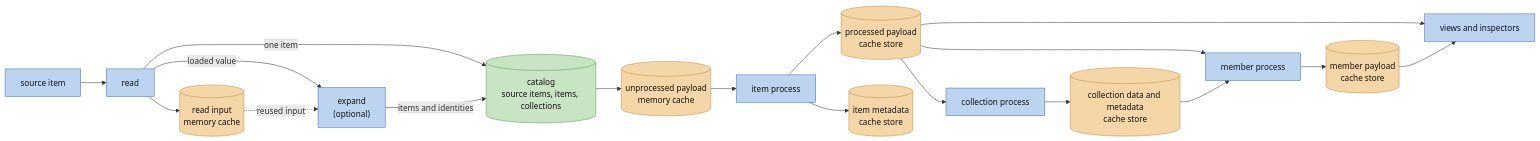
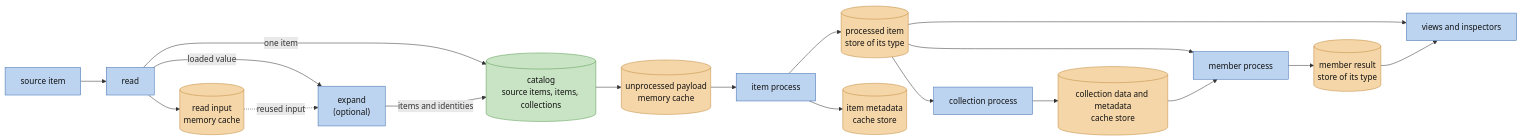
The second of 5 diagrams in docs/ARCHITECTURE.md (digiefel/DataBrowser), drawn with Mermaid before and after one commit. The commit also changed other lines of this file and 11 other files, not shown here.

First line of the commit message:
Keep process results only in the store of their item type, under a key that survives a reopen

````diff
--- a/docs/ARCHITECTURE.md
+++ b/docs/ARCHITECTURE.md
@@ -112,42 +112,42 @@
 ```mermaid
 flowchart LR
     source["source item"]
     read["read"]
     read_cache[("read input<br/>memory cache")]
     expand["expand<br/>(optional)"]
     index[("catalog<br/>source items, items, collections")]
     unprocessed[("unprocessed payload<br/>memory cache")]
     item_process["item process"]
-    processed[("processed payload<br/>cache store")]
+    processed[("processed item<br/>store of its type")]
     item_metadata[("item metadata<br/>cache store")]
     collection_process["collection process"]
     collection_payload[("collection data and metadata<br/>cache store")]
     member_process["member process"]
-    member_payload[("member payload<br/>cache store")]
+    member_payload[("member result<br/>store of its type")]
     views["views and inspectors"]
 
     source --> read
     read -->|"one item"| index
     read -->|"loaded value"| expand
     read --> read_cache
     read_cache -.->|"reused input"| expand
     expand -->|"items and identities"| index
     index --> unprocessed
     unprocessed --> item_process
     item_process --> processed
     item_process --> item_metadata
     processed --> collection_process
     collection_process --> collection_payload
     processed --> member_process
     collection_payload --> member_process
     member_process --> member_payload
     processed --> views
     member_payload --> views
 
     classDef stage fill:#bcd4f0,stroke:#3f6fb0,color:#111
     classDef state fill:#f5d6a8,stroke:#c08a3f,color:#111
     classDef output fill:#c9e4c5,stroke:#5a9a52,color:#111
     class source,read,expand,item_process,collection_process,member_process,views stage
     class read_cache,unprocessed,processed,item_metadata,collection_payload,member_payload state
     class index output
 ```
````
